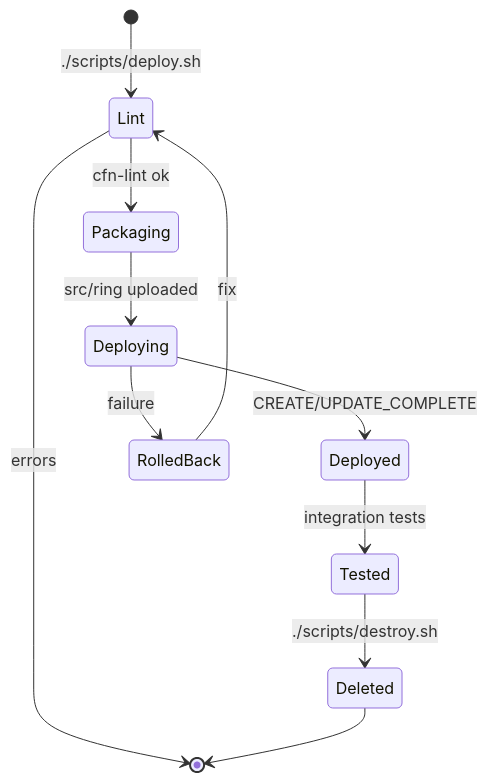
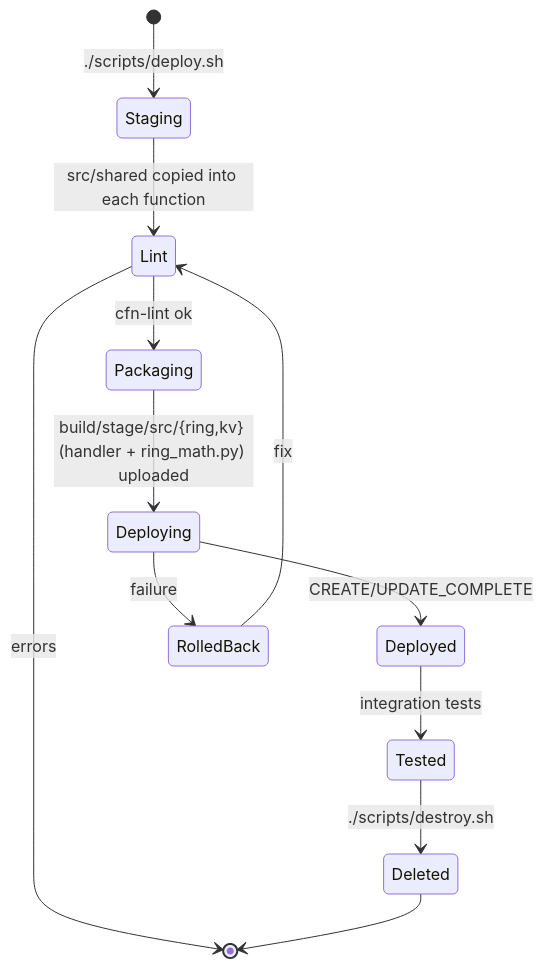
One commit to TareDevarsh/AWS-cloudformation-projects changed the sixth of 6 diagrams in 04-consistent-hashing/docs/workflow.md. Above: the diagram before and after it, drawn with Mermaid. The commit also changed other lines of this file and 11 other files, not shown here.

````diff
--- a/04-consistent-hashing/docs/workflow.md
+++ b/04-consistent-hashing/docs/workflow.md
@@ -75,13 +169,14 @@
 ```mermaid
 stateDiagram-v2
-    [*] --> Lint: ./scripts/deploy.sh
+    [*] --> Staging: ./scripts/deploy.sh
+    Staging --> Lint: src/shared copied into each function
     Lint --> Packaging: cfn-lint ok
     Lint --> [*]: errors
-    Packaging --> Deploying: src/ring uploaded
+    Packaging --> Deploying: build/stage/src/{ring,kv} (handler + ring_math.py) uploaded
     Deploying --> Deployed: CREATE/UPDATE_COMPLETE
     Deploying --> RolledBack: failure
     RolledBack --> Lint: fix
     Deployed --> Tested: integration tests
     Tested --> Deleted: ./scripts/destroy.sh
     Deleted --> [*]
 ```
````
